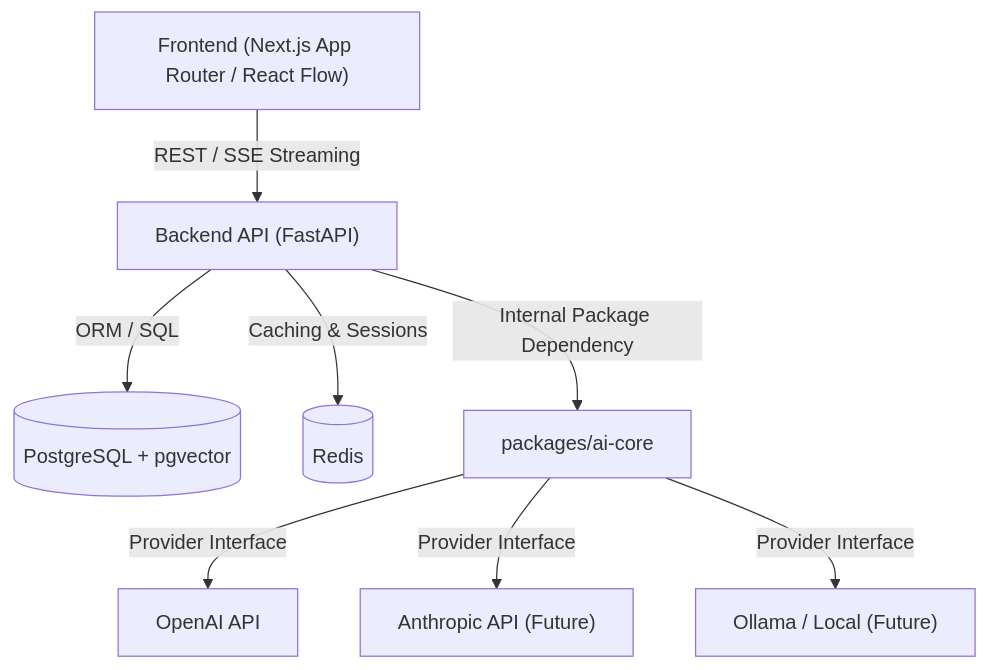
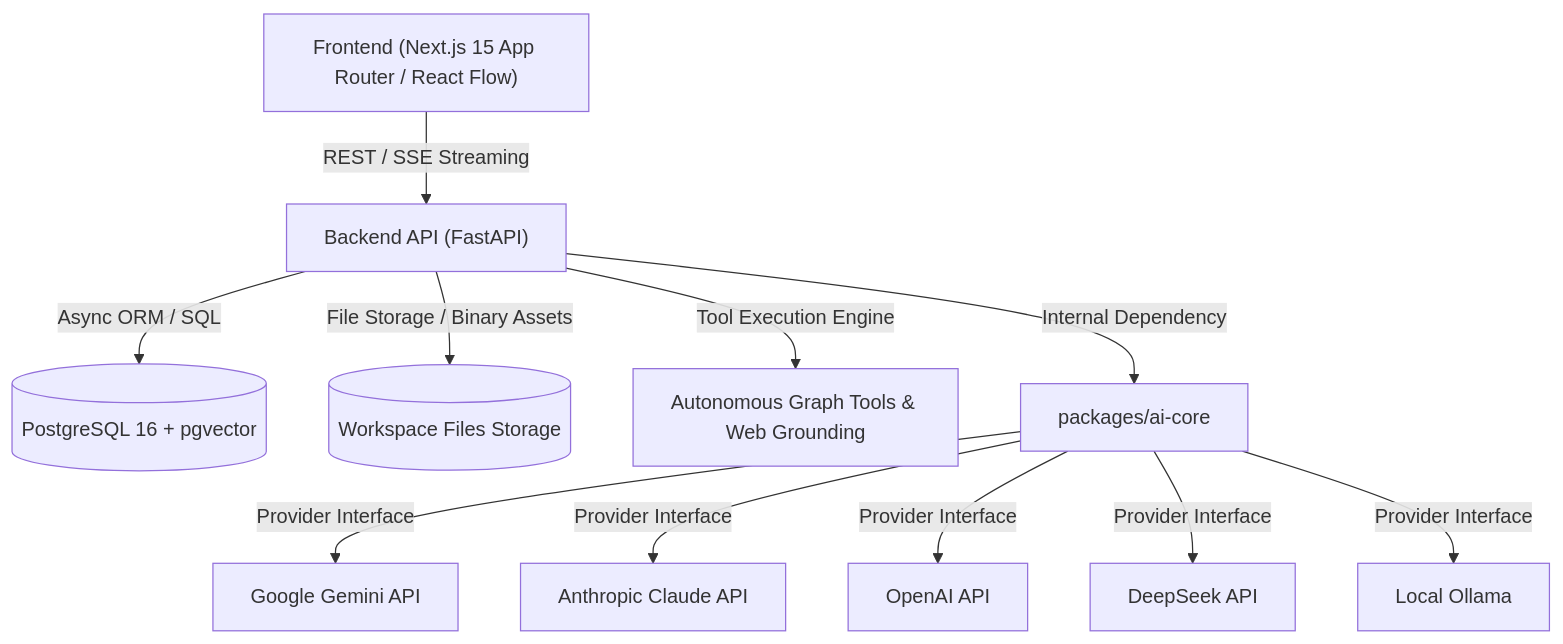
One commit to beingbalveer/GraphMind changed the first of 4 diagrams in docs/ARCHITECTURE.md. Above: the diagram before and after it, drawn with Mermaid. The commit also changed other lines of this file and 8 other files, not shown here.

Commit message:
docs: update READMEs, architecture specs, and roadmap metadata

````diff
--- a/docs/ARCHITECTURE.md
+++ b/docs/ARCHITECTURE.md
@@ -9,10 +9,13 @@
 ```mermaid
 graph TD
-    Client["Frontend (Next.js App Router / React Flow)"] -->|REST / SSE Streaming| API["Backend API (FastAPI)"]
-    API -->|ORM / SQL| DB[("PostgreSQL + pgvector")]
-    API -->|Caching & Sessions| Redis[("Redis")]
-    API -->|Internal Package Dependency| AICore["packages/ai-core"]
+    Client["Frontend (Next.js 15 App Router / React Flow)"] -->|REST / SSE Streaming| API["Backend API (FastAPI)"]
+    API -->|Async ORM / SQL| DB[("PostgreSQL 16 + pgvector")]
+    API -->|File Storage / Binary Assets| FS[("Workspace Files Storage")]
+    API -->|Tool Execution Engine| Tools["Autonomous Graph Tools & Web Grounding"]
+    API -->|Internal Dependency| AICore["packages/ai-core"]
+    AICore -->|Provider Interface| Gemini["Google Gemini API"]
+    AICore -->|Provider Interface| Anthropic["Anthropic Claude API"]
     AICore -->|Provider Interface| OpenAI["OpenAI API"]
-    AICore -->|Provider Interface| Anthropic["Anthropic API (Future)"]
-    AICore -->|Provider Interface| Ollama["Ollama / Local (Future)"]
+    AICore -->|Provider Interface| DeepSeek["DeepSeek API"]
+    AICore -->|Provider Interface| Ollama["Local Ollama"]
 ```
````
